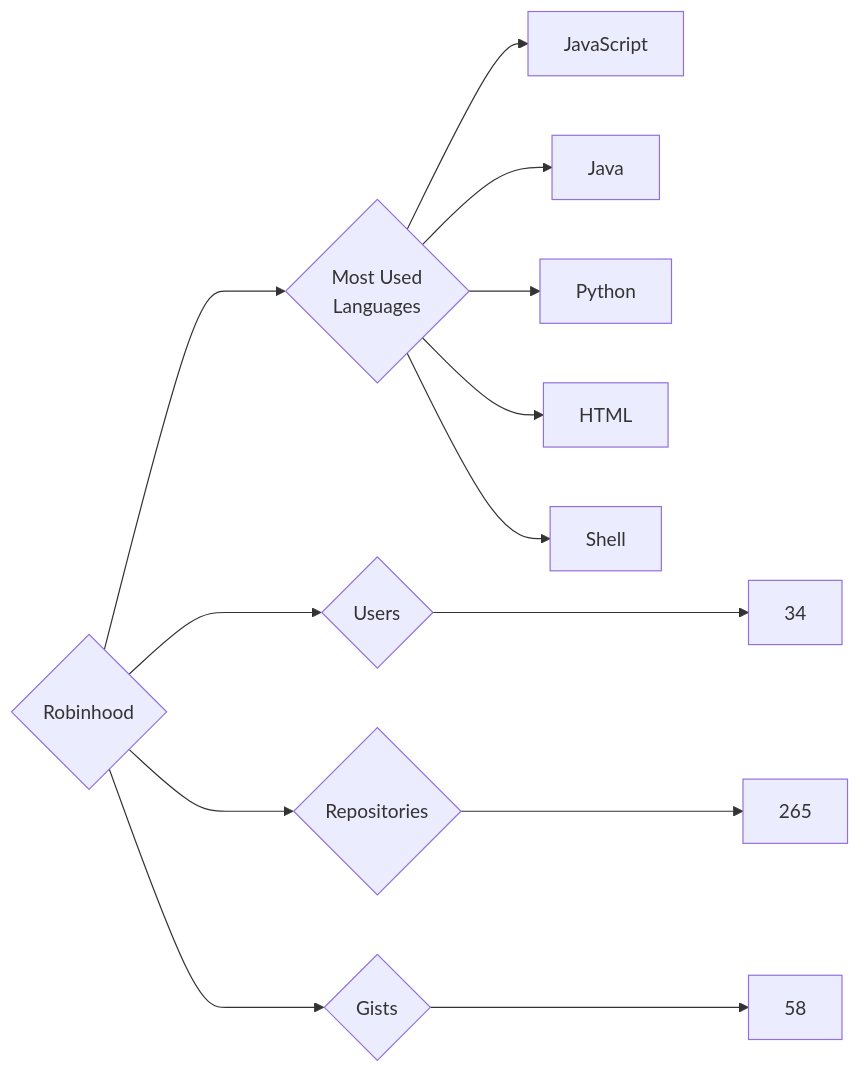
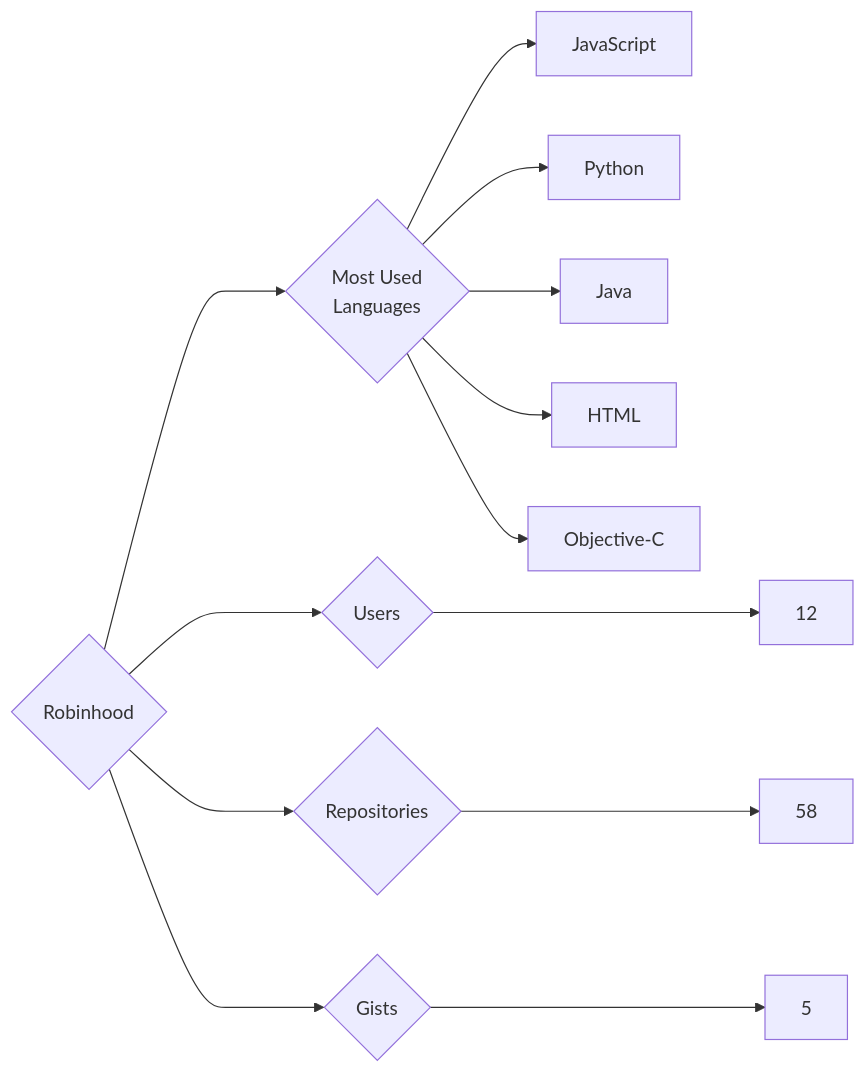
Before and after one commit to trickest/insiders: the diagram in targets/Robinhood/README.md, drawn with Mermaid. The commit also changed 815 other files, not shown here.

````diff
--- a/targets/Robinhood/README.md
+++ b/targets/Robinhood/README.md
@@ -3,13 +3,13 @@
 ```mermaid
 graph LR
 COMPANY_NAME{Robinhood}
-COMPANY_NAME ---> U{Users} ---> UN[34]
-COMPANY_NAME ---> R{Repositories} ---> RN[265]
-COMPANY_NAME ---> G{Gists} ---> GN[58]
+COMPANY_NAME ---> U{Users} ---> UN[12]
+COMPANY_NAME ---> R{Repositories} ---> RN[58]
+COMPANY_NAME ---> G{Gists} ---> GN[5]
 COMPANY_NAME ---> ML{Most Used<br>Languages}
 ML --> JavaScript[JavaScript]
+ML --> Python[Python]
 ML --> Java[Java]
-ML --> Python[Python]
 ML --> HTML[HTML]
-ML --> Shell[Shell]
+ML --> Objective-C[Objective-C]
 ```
````
